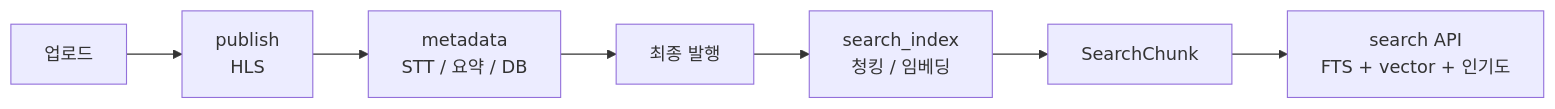
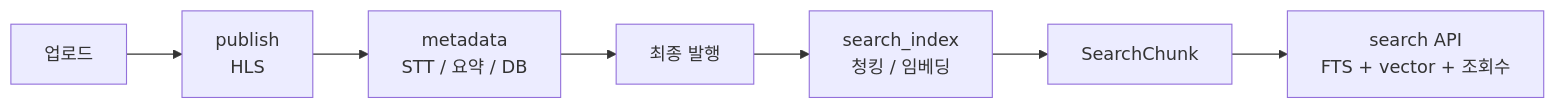
One commit to DSeung001/dseung001.github.io changed the seventh of 7 diagrams in content/posts/2026/08/07/class-s-hybrid-search/index.md. Above: the diagram before and after it, drawn with Mermaid. The commit also changed other lines of this file, not shown here.

````diff
--- a/content/posts/2026/08/07/class-s-hybrid-search/index.md
+++ b/content/posts/2026/08/07/class-s-hybrid-search/index.md
@@ -475,9 +515,9 @@
 ```mermaid
 flowchart LR
   A["업로드"] --> B["publish<br/>HLS"]
   B --> C["metadata<br/>STT / 요약 / DB"]
   C --> D["최종 발행"]
   D --> E["search_index<br/>청킹 / 임베딩"]
   E --> F["SearchChunk"]
-  F --> G["search API<br/>FTS + vector + 인기도"]
+  F --> G["search API<br/>FTS + vector + 조회수"]
 ```
````
